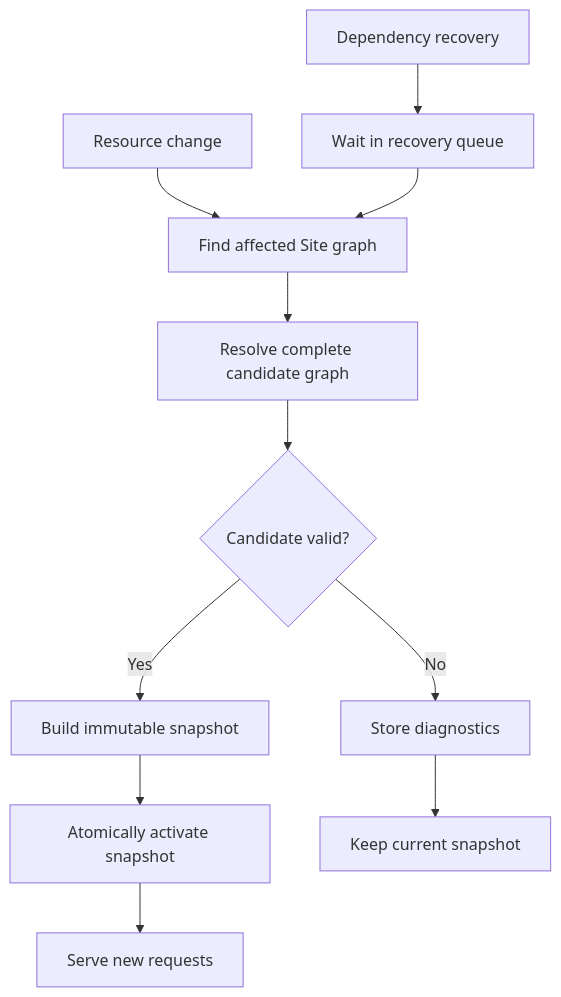
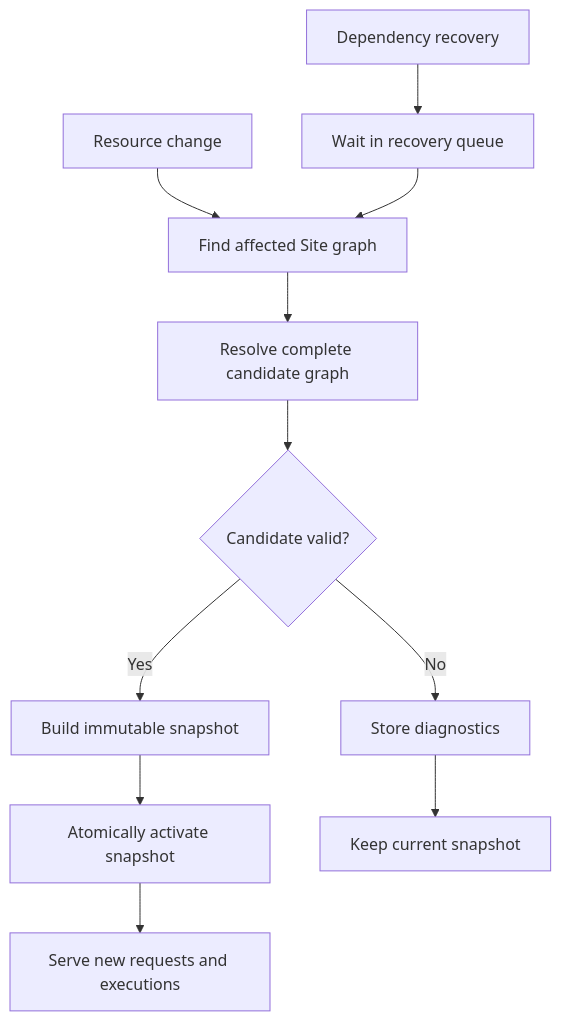
Before and after one commit to taskmigo/docs: the first of 2 diagrams in content/versions/v0/runtime.mdx, drawn with Mermaid. The commit also changed other lines of this file, not shown here.

````diff
--- a/content/versions/v0/runtime.mdx
+++ b/content/versions/v0/runtime.mdx
@@ -14,13 +14,13 @@
 ```mermaid
 flowchart TD
   change["Resource change"] --> affected["Find affected Site graph"]
   recovery["Dependency recovery"] --> queue["Wait in recovery queue"]
   queue --> affected
   affected --> resolve["Resolve complete candidate graph"]
   resolve --> validate{"Candidate valid?"}
   validate -->|Yes| build["Build immutable snapshot"]
   build --> activate["Atomically activate snapshot"]
   validate -->|No| diagnostics["Store diagnostics"]
   diagnostics --> retain["Keep current snapshot"]
-  activate --> serve["Serve new requests"]
+  activate --> serve["Serve new requests and executions"]
 ```
````
